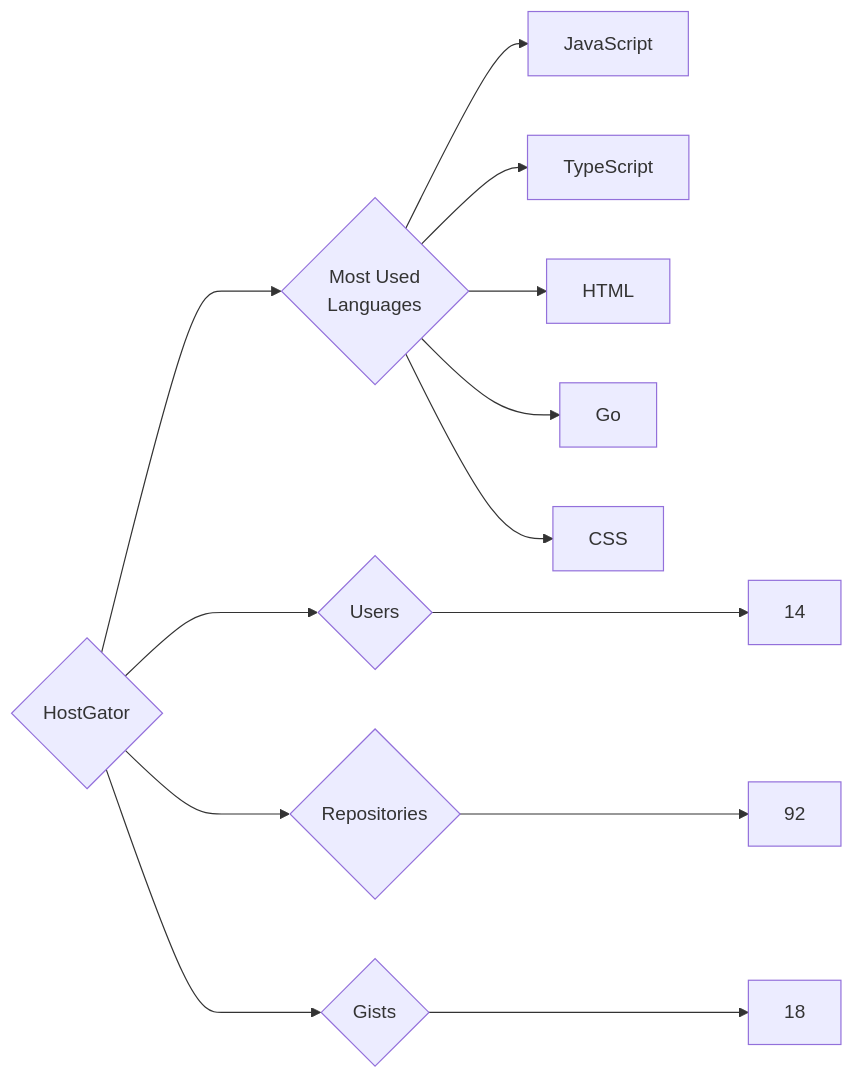
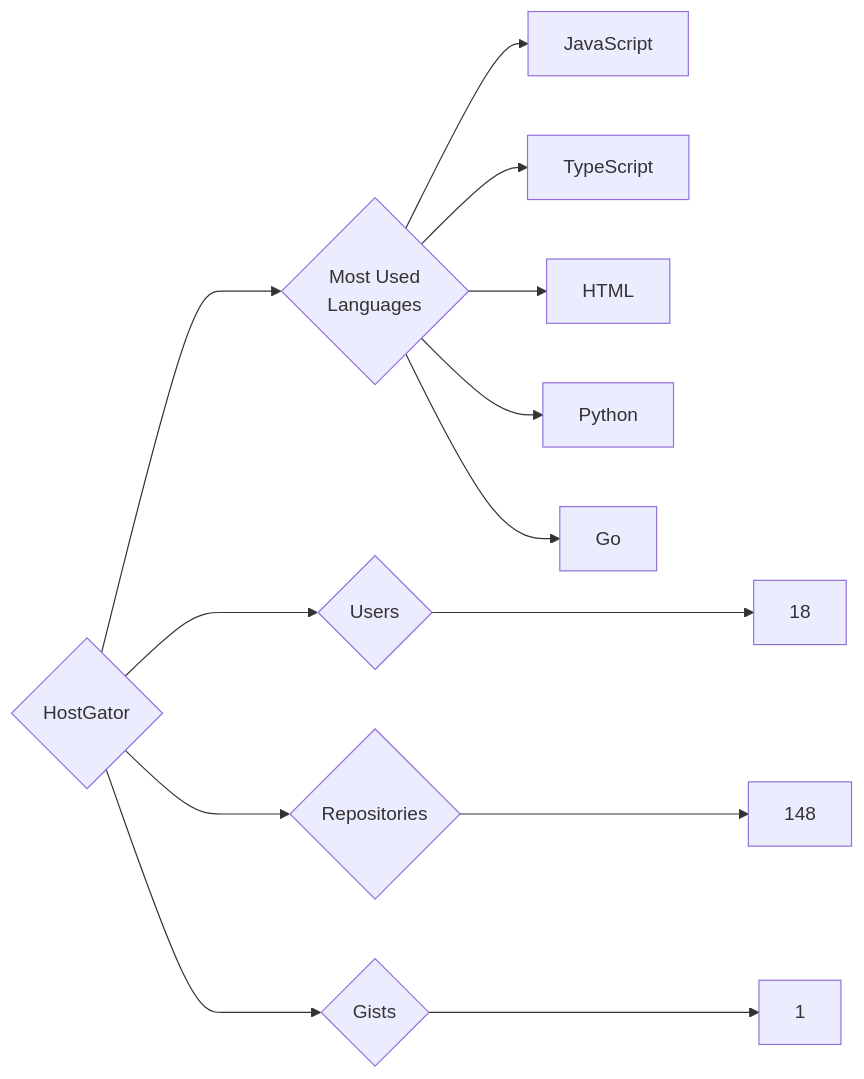
The diagram in targets/HostGator/README.md (trickest/insiders), drawn with Mermaid before and after one commit. The commit also changed 699 other files, not shown here.

````diff
--- a/targets/HostGator/README.md
+++ b/targets/HostGator/README.md
@@ -3,13 +3,13 @@
 ```mermaid
 graph LR
 COMPANY_NAME{HostGator}
-COMPANY_NAME ---> U{Users} ---> UN[14]
-COMPANY_NAME ---> R{Repositories} ---> RN[92]
-COMPANY_NAME ---> G{Gists} ---> GN[18]
+COMPANY_NAME ---> U{Users} ---> UN[18]
+COMPANY_NAME ---> R{Repositories} ---> RN[148]
+COMPANY_NAME ---> G{Gists} ---> GN[1]
 COMPANY_NAME ---> ML{Most Used<br>Languages}
 ML --> JavaScript[JavaScript]
 ML --> TypeScript[TypeScript]
 ML --> HTML[HTML]
+ML --> Python[Python]
 ML --> Go[Go]
-ML --> CSS[CSS]
 ```
````
